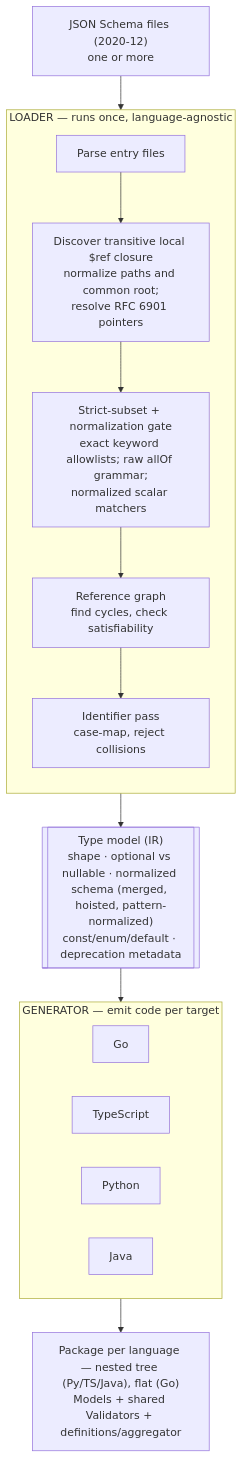
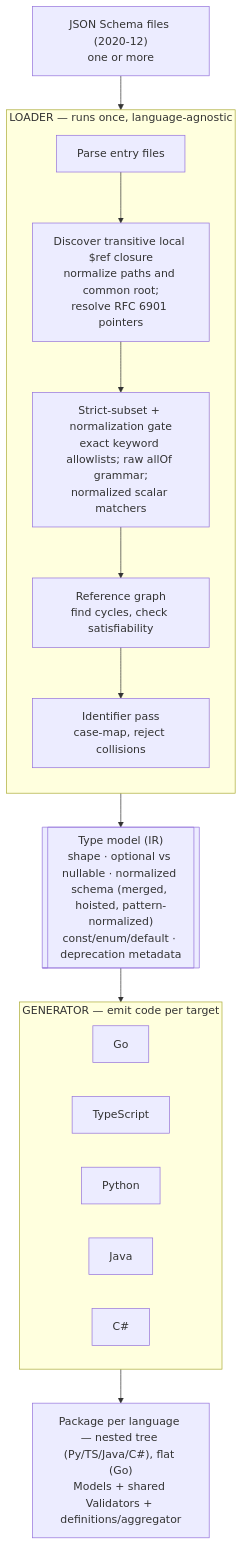
Before and after one commit to moetemp/nexgen: the first of 2 diagrams in specs/json-schema/pipeline.md, drawn with Mermaid. The commit also changed other lines of this file and 182 other files, not shown here.

First line of the commit message:
Add C# JSON Schema backend (#243)

````diff
--- a/specs/json-schema/pipeline.md
+++ b/specs/json-schema/pipeline.md
@@ -40,28 +40,29 @@
 ```mermaid
 flowchart TD
     F["JSON Schema files (2020-12)<br/>one or more"]
 
     subgraph LOADER["LOADER — runs once, language-agnostic"]
       direction TB
       P["Parse entry files"]
       R["Discover transitive local $ref closure<br/>normalize paths and common root;<br/>resolve RFC 6901 pointers"]
       S["Strict-subset + normalization gate<br/>exact keyword allowlists; raw allOf grammar;<br/>normalized scalar matchers"]
       G["Reference graph<br/>find cycles, check satisfiability"]
       N["Identifier pass<br/>case-map, reject collisions"]
       P --> R --> S --> G --> N
     end
 
     IR[["Type model (IR)<br/>shape · optional vs nullable · normalized schema (merged, hoisted, pattern-normalized)<br/>const/enum/default · deprecation metadata"]]
 
     subgraph GEN["GENERATOR — emit code per target"]
       direction LR
       GO["Go"]
       TS["TypeScript"]
       PY["Python"]
       JV["Java"]
+      CS["C#"]
     end
 
-    OUT["Package per language — nested tree (Py/TS/Java), flat (Go)<br/>Models + shared Validators + definitions/aggregator"]
+    OUT["Package per language — nested tree (Py/TS/Java/C#), flat (Go)<br/>Models + shared Validators + definitions/aggregator"]
 
     F --> LOADER --> IR --> GEN --> OUT
 ```
````
